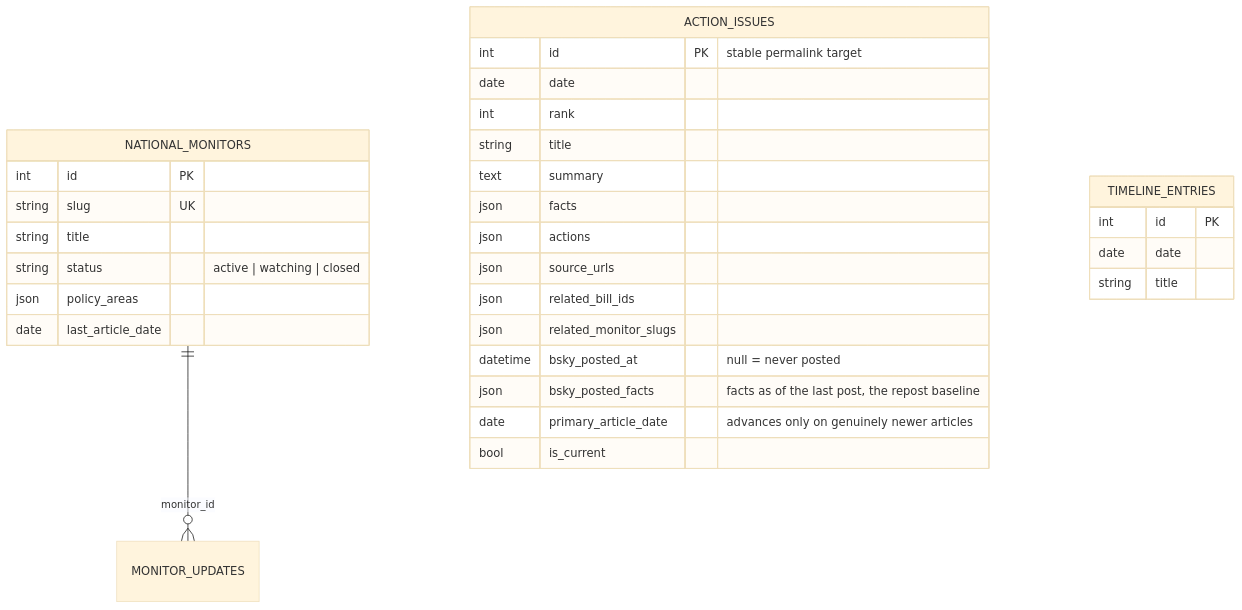
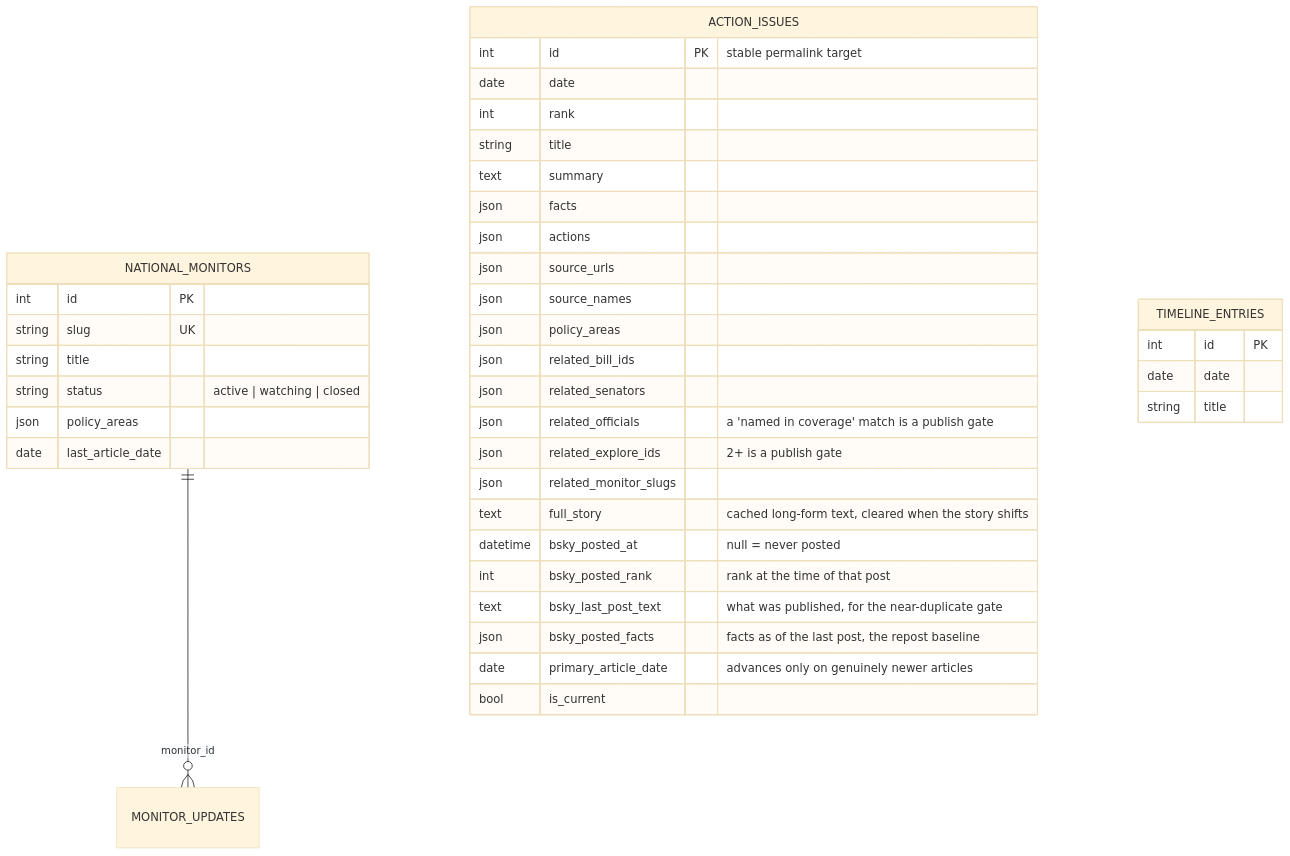
One commit to kamoras/civitas changed the third of 4 diagrams in docs/diagrams/07-data-model.md. Above: the diagram before and after it, drawn with Mermaid (base theme). The commit also changed other lines of this file, not shown here.

First line of the commit message:
docs(data-model): draw the columns the diagrams' own claims depend on (#311)

````diff
--- a/docs/diagrams/07-data-model.md
+++ b/docs/diagrams/07-data-model.md
@@ -116,36 +125,44 @@
 ```mermaid
 erDiagram
     NATIONAL_MONITORS ||--o{ MONITOR_UPDATES : "monitor_id"
 
     ACTION_ISSUES {
         int id PK "stable permalink target"
         date date
         int rank
         string title
         text summary
         json facts
         json actions
         json source_urls
+        json source_names
+        json policy_areas
         json related_bill_ids
+        json related_senators
+        json related_officials "a 'named in coverage' match is a publish gate"
+        json related_explore_ids "2+ is a publish gate"
         json related_monitor_slugs
+        text full_story "cached long-form text, cleared when the story shifts"
         datetime bsky_posted_at "null = never posted"
+        int bsky_posted_rank "rank at the time of that post"
+        text bsky_last_post_text "what was published, for the near-duplicate gate"
         json bsky_posted_facts "facts as of the last post, the repost baseline"
         date primary_article_date "advances only on genuinely newer articles"
         bool is_current
     }
 
     NATIONAL_MONITORS {
         int id PK
         string slug UK
         string title
         string status "active | watching | closed"
         json policy_areas
         date last_article_date
     }
 
     TIMELINE_ENTRIES {
         int id PK
         date date
         string title
     }
 ```
````
